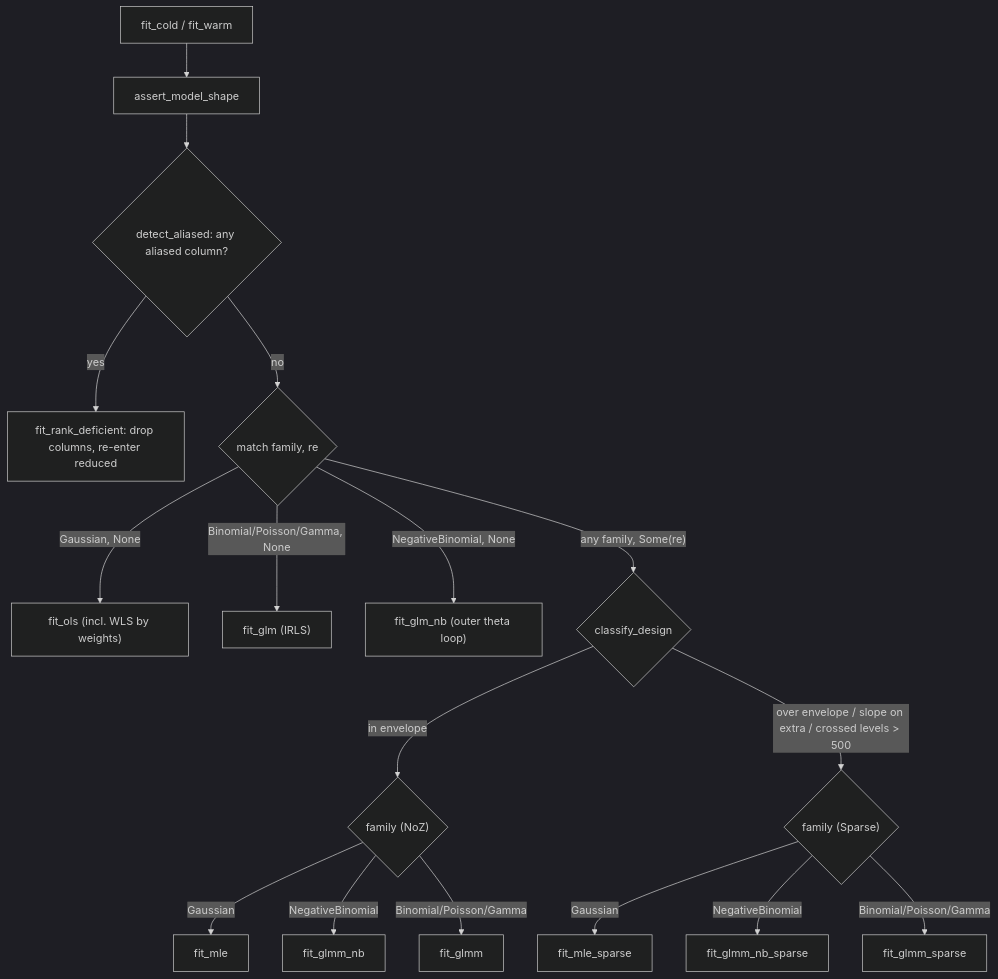
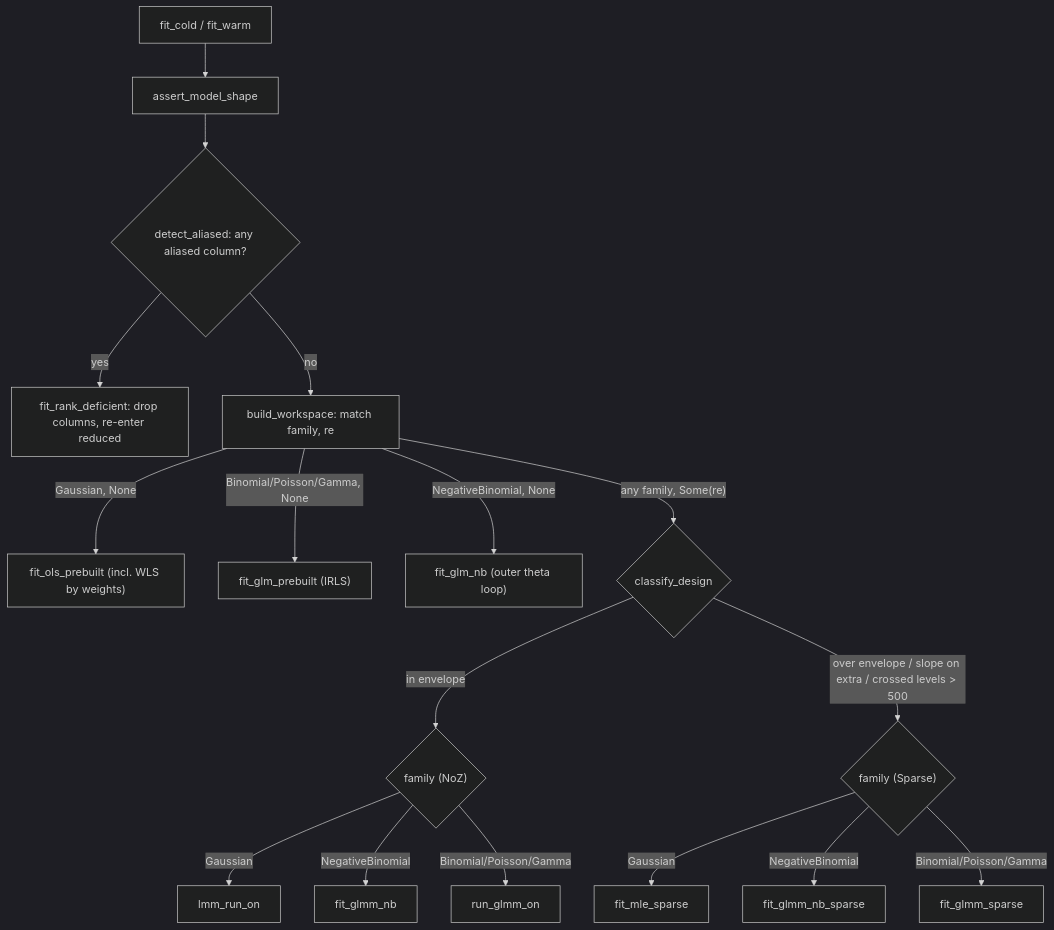
The diagram in documentation/algorithms.md (pawlenartowicz/glmm), drawn with Mermaid (dark theme) before and after one commit. The commit also changed other lines of this file and 284 other files, not shown here.

````diff
--- a/documentation/algorithms.md
+++ b/documentation/algorithms.md
@@ -28,23 +35,23 @@
 ```mermaid
 flowchart TD
   E["fit_cold / fit_warm"] --> SH["assert_model_shape"]
   SH --> RD{"detect_aliased: any aliased column?"}
   RD -->|yes| RDF["fit_rank_deficient: drop columns, re-enter reduced"]
-  RD -->|no| M{"match family, re"}
+  RD -->|no| BW["build_workspace: match family, re"]
 
-  M -->|"Gaussian, None"| OLS["fit_ols (incl. WLS by weights)"]
-  M -->|"Binomial/Poisson/Gamma, None"| GLM["fit_glm (IRLS)"]
-  M -->|"NegativeBinomial, None"| GLMNB["fit_glm_nb (outer theta loop)"]
-  M -->|"any family, Some(re)"| CD{"classify_design"}
+  BW -->|"Gaussian, None"| OLS["fit_ols_prebuilt (incl. WLS by weights)"]
+  BW -->|"Binomial/Poisson/Gamma, None"| GLM["fit_glm_prebuilt (IRLS)"]
+  BW -->|"NegativeBinomial, None"| GLMNB["fit_glm_nb (outer theta loop)"]
+  BW -->|"any family, Some(re)"| CD{"classify_design"}
 
   CD -->|"in envelope"| NZ{"family (NoZ)"}
   CD -->|"over envelope / slope on extra / crossed levels > 500"| SP{"family (Sparse)"}
 
-  NZ -->|Gaussian| MLE["fit_mle"]
+  NZ -->|Gaussian| MLE["lmm_run_on"]
   NZ -->|NegativeBinomial| GNB["fit_glmm_nb"]
-  NZ -->|"Binomial/Poisson/Gamma"| GMM["fit_glmm"]
+  NZ -->|"Binomial/Poisson/Gamma"| GMM["run_glmm_on"]
 
   SP -->|Gaussian| MLES["fit_mle_sparse"]
   SP -->|NegativeBinomial| GNBS["fit_glmm_nb_sparse"]
   SP -->|"Binomial/Poisson/Gamma"| GMMS["fit_glmm_sparse"]
 ```
````
